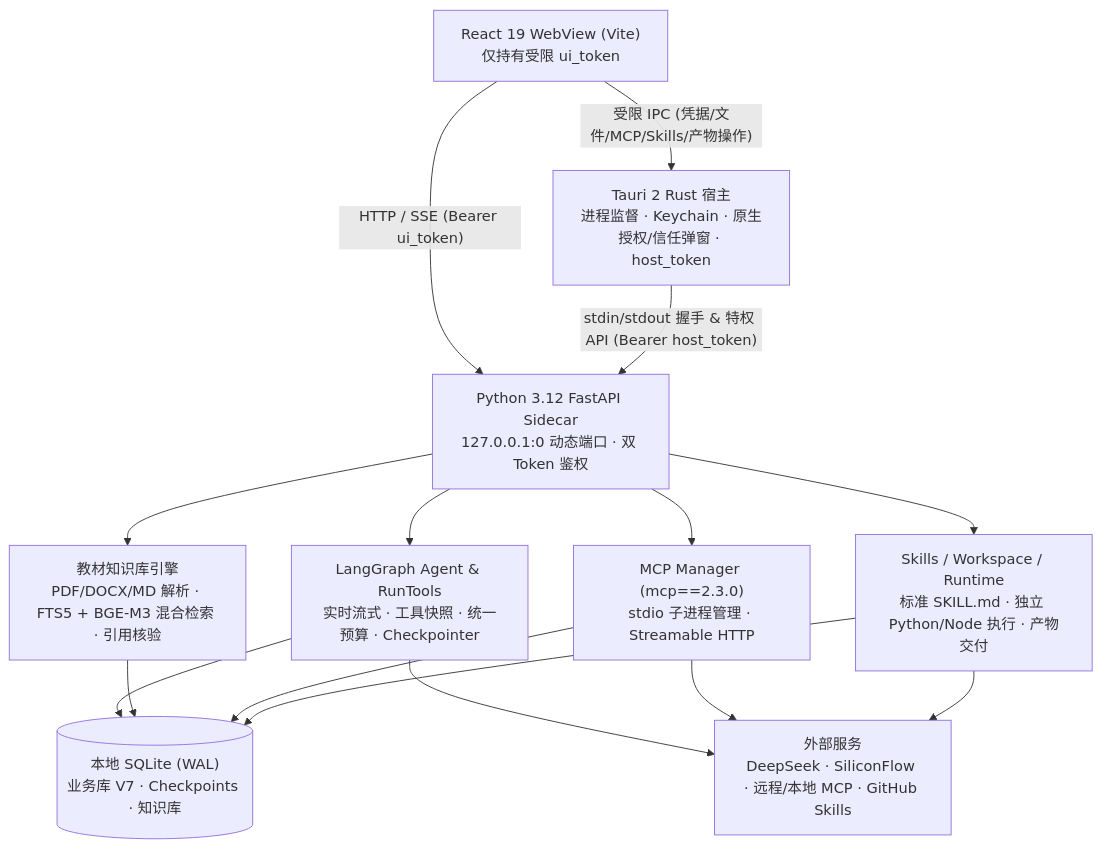
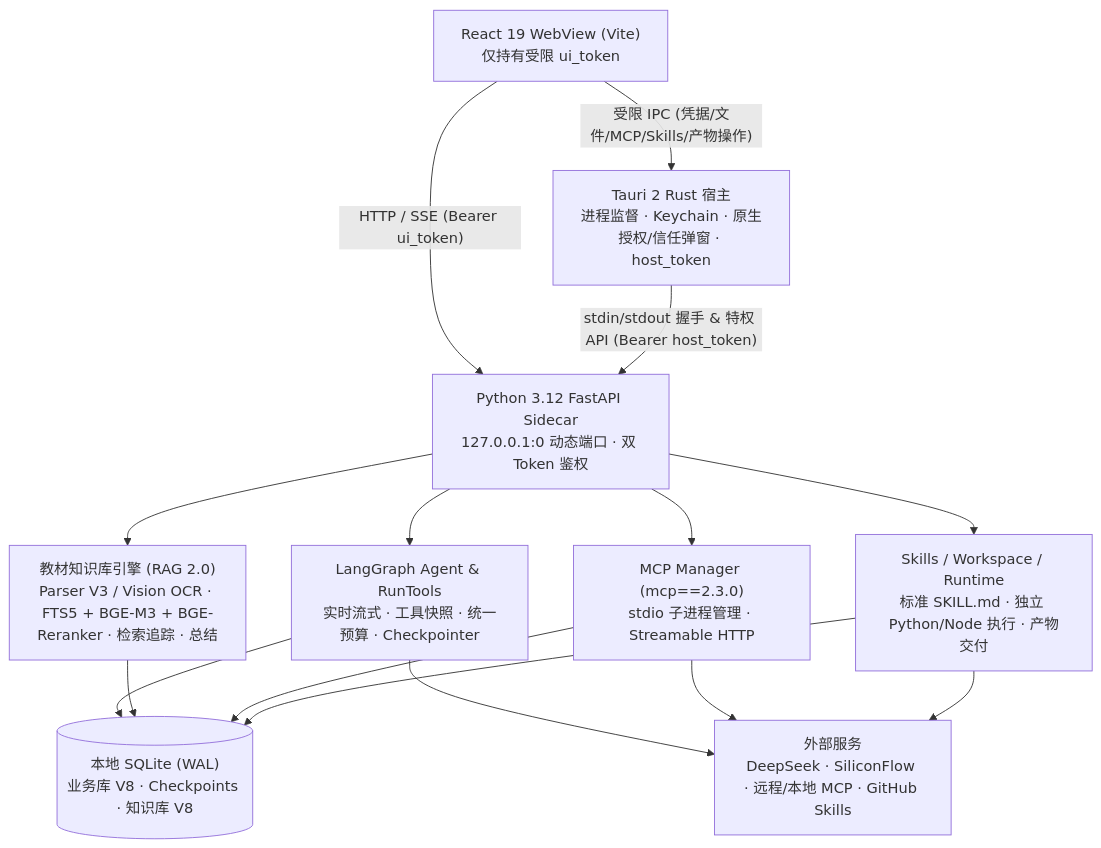
One commit to lanyanyayaya-byte/-agent changed the diagram in README.md. Above: the diagram before and after it, drawn with Mermaid. The commit also changed other lines of this file and 65 other files, not shown here.

Commit message:
Release v0.5.0: RAG 2.0 auto-indexing, BGE-Reranker, Retrieval Lab, Chunk Browser, PDF Parser V3 & book summary

````diff
--- a/README.md
+++ b/README.md
@@ -90,27 +94,27 @@
 ```mermaid
 flowchart TD
     UI["React 19 WebView (Vite)\n仅持有受限 ui_token"]
     HOST["Tauri 2 Rust 宿主\n进程监督 · Keychain · 原生授权/信任弹窗 · host_token"]
     SIDECAR["Python 3.12 FastAPI Sidecar\n127.0.0.1:0 动态端口 · 双 Token 鉴权"]
     AGENT["LangGraph Agent & RunTools\n实时流式 · 工具快照 · 统一预算 · Checkpointer"]
-    RAG["教材知识库引擎\nPDF/DOCX/MD 解析 · FTS5 + BGE-M3 混合检索 · 引用核验"]
+    RAG["教材知识库引擎 (RAG 2.0)\nParser V3 / Vision OCR · FTS5 + BGE-M3 + BGE-Reranker · 检索追踪 · 总结"]
     MCP["MCP Manager (mcp==2.3.0)\nstdio 子进程管理 · Streamable HTTP"]
     SKILLS["Skills / Workspace / Runtime\n标准 SKILL.md · 独立 Python/Node 执行 · 产物交付"]
-    DB[("本地 SQLite (WAL)\n业务库 V7 · Checkpoints · 知识库")]
+    DB[("本地 SQLite (WAL)\n业务库 V8 · Checkpoints · 知识库 V8")]
     EXT["外部服务\nDeepSeek · SiliconFlow · 远程/本地 MCP · GitHub Skills"]
 
     UI -- "受限 IPC (凭据/文件/MCP/Skills/产物操作)" --> HOST
     UI -- "HTTP / SSE (Bearer ui_token)" --> SIDECAR
     HOST -- "stdin/stdout 握手 & 特权 API (Bearer host_token)" --> SIDECAR
     SIDECAR --> AGENT
     SIDECAR --> RAG
     SIDECAR --> MCP
     SIDECAR --> SKILLS
     AGENT --> DB
     RAG --> DB
     MCP --> DB
     SKILLS --> DB
     AGENT --> EXT
     MCP --> EXT
     SKILLS --> EXT
 ```
````
